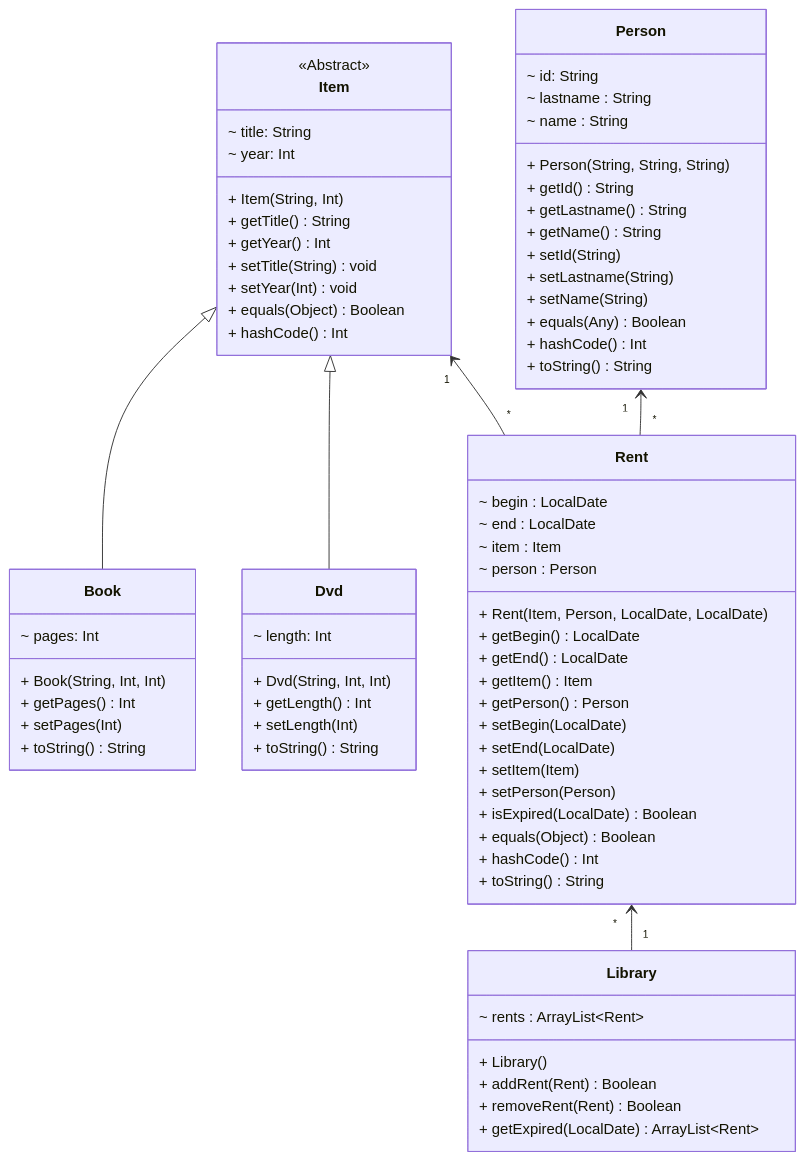
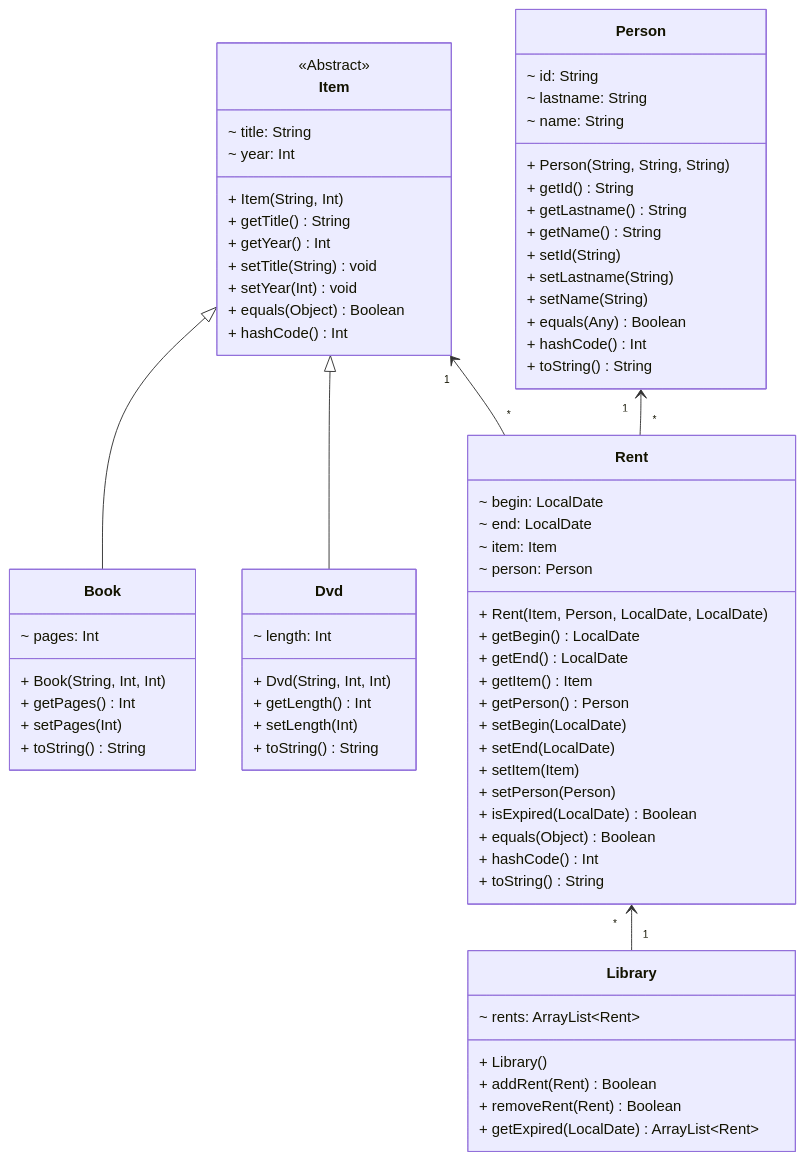
One commit to MatteV02/kotlin-core changed diagram 13 of 13 in src/main/kotlin/com/MatteV02/exercises/oop/README.md. Above: the diagram before and after it, drawn with Mermaid. The commit also changed other lines of this file and 8 other files, not shown here.

````diff
--- a/src/main/kotlin/com/MatteV02/exercises/oop/README.md
+++ b/src/main/kotlin/com/MatteV02/exercises/oop/README.md
@@ -604,77 +605,77 @@
 ```mermaid
 classDiagram
-direction BT
-class Item {
-    <<Abstract>>
-    ~ title: String
-    ~ year: Int
-    + Item(String, Int)
-    + getTitle() String
-    + getYear() Int
-    + setTitle(String) void
-    + setYear(Int) void
-    + equals(Object) Boolean
-    + hashCode() Int
-}
-class Book {
-    ~ pages: Int
-    + Book(String, Int, Int)
-    + getPages() Int
-    + setPages(Int) 
-    + toString() String
-}
-class Dvd {
-    ~ length: Int
-    + Dvd(String, Int, Int)
-    + getLength() Int
-    + setLength(Int) 
-    + toString() String
-}
-class Person {
-    ~ id: String
-    ~ lastname : String
-    ~ name : String
-    + Person(String, String, String)
-    + getId() String
-    + getLastname() String
-    + getName() String
-    + setId(String) 
-    + setLastname(String) 
-    + setName(String) 
-    + equals(Any) Boolean
-    + hashCode() Int
-    + toString() String
-}
-class Rent {
-    ~ begin : LocalDate
-    ~ end : LocalDate
-    ~ item : Item
-    ~ person : Person
-    + Rent(Item, Person, LocalDate, LocalDate)
-    + getBegin() LocalDate
-    + getEnd() LocalDate
-    + getItem() Item
-    + getPerson() Person
-    + setBegin(LocalDate) 
-    + setEnd(LocalDate) 
-    + setItem(Item) 
-    + setPerson(Person) 
-    + isExpired(LocalDate) Boolean
-    + equals(Object) Boolean
-    + hashCode() Int
-    + toString() String
-}
-class Library {
-    ~ rents : ArrayList~Rent~
-    + Library()
-    + addRent(Rent) Boolean
-    + removeRent(Rent) Boolean
-    + getExpired(LocalDate) ArrayList~Rent~
-}
+    direction BT
+    class Item {
+        <<Abstract>>
+        ~ title: String
+        ~ year: Int
+        + Item(String, Int)
+        + getTitle() String
+        + getYear() Int
+        + setTitle(String) void
+        + setYear(Int) void
+        + equals(Object) Boolean
+        + hashCode() Int
+    }
+    class Book {
+        ~ pages: Int
+        + Book(String, Int, Int)
+        + getPages() Int
+        + setPages(Int)
+        + toString() String
+    }
+    class Dvd {
+        ~ length: Int
+        + Dvd(String, Int, Int)
+        + getLength() Int
+        + setLength(Int)
+        + toString() String
+    }
+    class Person {
+        ~ id: String
+        ~ lastname: String
+        ~ name: String
+        + Person(String, String, String)
+        + getId() String
+        + getLastname() String
+        + getName() String
+        + setId(String)
+        + setLastname(String)
+        + setName(String)
+        + equals(Any) Boolean
+        + hashCode() Int
+        + toString() String
+    }
+    class Rent {
+        ~ begin: LocalDate
+        ~ end: LocalDate
+        ~ item: Item
+        ~ person: Person
+        + Rent(Item, Person, LocalDate, LocalDate)
+        + getBegin() LocalDate
+        + getEnd() LocalDate
+        + getItem() Item
+        + getPerson() Person
+        + setBegin(LocalDate)
+        + setEnd(LocalDate)
+        + setItem(Item)
+        + setPerson(Person)
+        + isExpired(LocalDate) Boolean
+        + equals(Object) Boolean
+        + hashCode() Int
+        + toString() String
+    }
+    class Library {
+        ~ rents: ArrayList~Rent~
+        + Library()
+        + addRent(Rent) Boolean
+        + removeRent(Rent) Boolean
+        + getExpired(LocalDate) ArrayList~Rent~
+    }
 
-Book  --|>  Item
-Dvd  --|>  Item
-Rent "*" --> "1" Person
-Rent "*" --> "1" Item
-Library "1" --> "*" Rent
+    Book --|> Item
+    Dvd --|> Item
+    Rent "*" --> "1" Person
+    Rent "*" --> "1" Item
+    Library "1" --> "*" Rent
 ```
````
